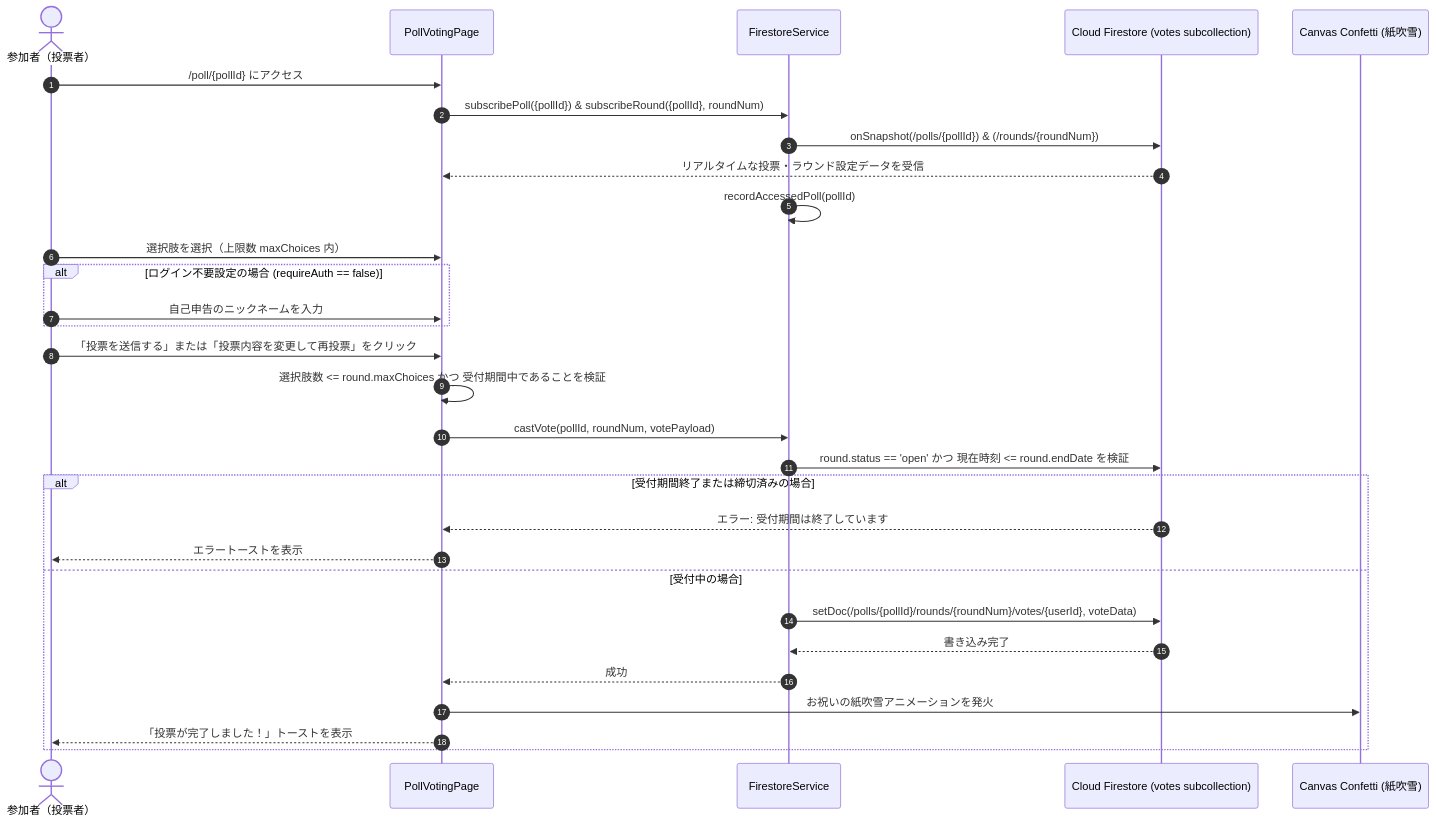
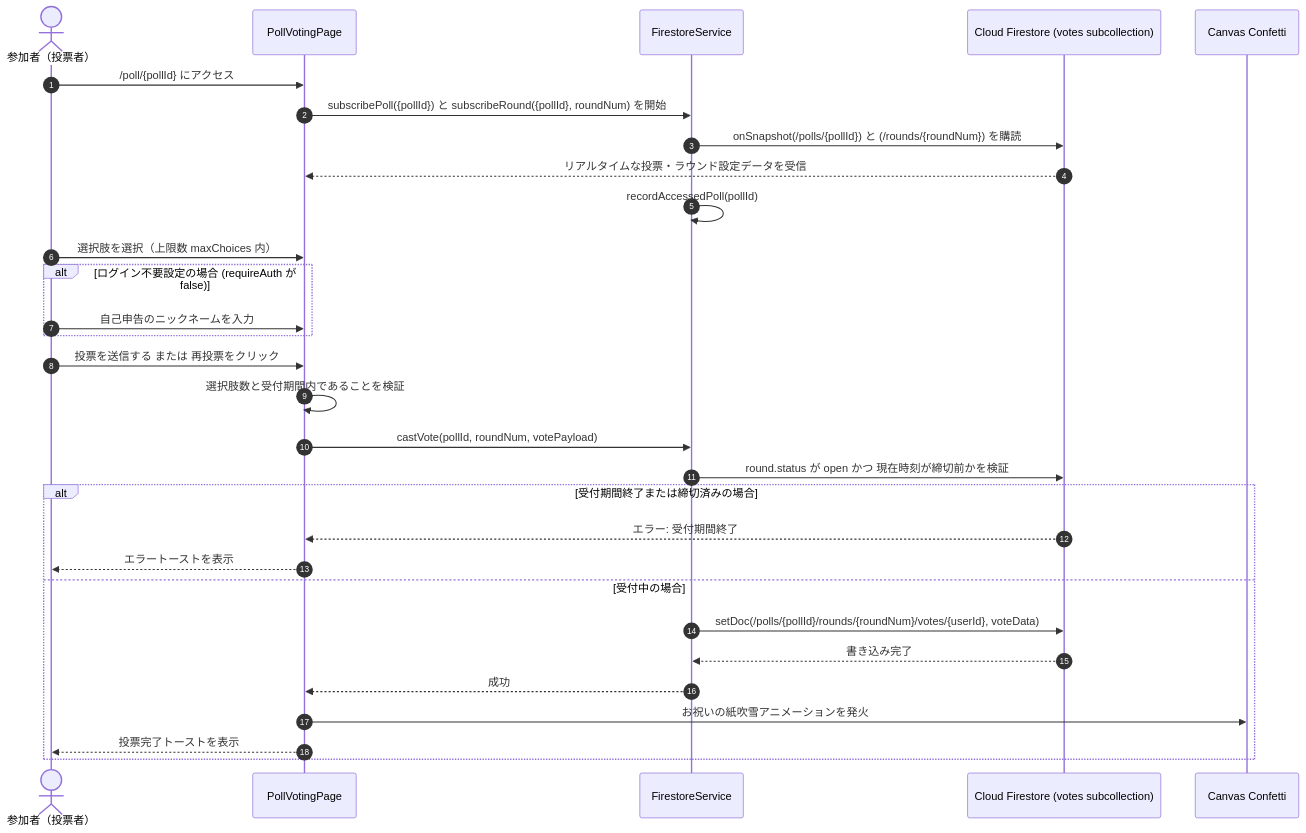
The second of 7 diagrams in docs/SEQUENCE_DIAGRAMS.ja.md (c1t0d0s0/votica), drawn with Mermaid before and after one commit. The commit also changed other lines of this file and 1 other file, not shown here.

Commit message:
fixed SEQUENCE_DIAGRAMS

````diff
--- a/docs/SEQUENCE_DIAGRAMS.ja.md
+++ b/docs/SEQUENCE_DIAGRAMS.ja.md
@@ -45,36 +45,36 @@
 ```mermaid
 sequenceDiagram
     autonumber
     actor Voter as 参加者（投票者）
     participant UI as PollVotingPage
     participant Service as FirestoreService
     participant DB as Cloud Firestore (votes subcollection)
-    participant Confetti as Canvas Confetti (紙吹雪)
+    participant Confetti as Canvas Confetti
 
     Voter->>UI: /poll/{pollId} にアクセス
-    UI->>Service: subscribePoll({pollId}) & subscribeRound({pollId}, roundNum)
-    Service->>DB: onSnapshot(/polls/{pollId}) & (/rounds/{roundNum})
+    UI->>Service: subscribePoll({pollId}) と subscribeRound({pollId}, roundNum) を開始
+    Service->>DB: onSnapshot(/polls/{pollId}) と (/rounds/{roundNum}) を購読
     DB-->>UI: リアルタイムな投票・ラウンド設定データを受信
     Service->>Service: recordAccessedPoll(pollId)
 
     Voter->>UI: 選択肢を選択（上限数 maxChoices 内）
-    alt ログイン不要設定の場合 (requireAuth == false)
+    alt ログイン不要設定の場合 (requireAuth が false)
         Voter->>UI: 自己申告のニックネームを入力
     end
 
-    Voter->>UI: 「投票を送信する」または「投票内容を変更して再投票」をクリック
-    UI->>UI: 選択肢数 <= round.maxChoices かつ 受付期間中であることを検証
+    Voter->>UI: 投票を送信する または 再投票をクリック
+    UI->>UI: 選択肢数と受付期間内であることを検証
 
     UI->>Service: castVote(pollId, roundNum, votePayload)
-    Service->>DB: round.status == 'open' かつ 現在時刻 <= round.endDate を検証
+    Service->>DB: round.status が open かつ 現在時刻が締切前かを検証
     alt 受付期間終了または締切済みの場合
-        DB-->>UI: エラー: 受付期間は終了しています
+        DB-->>UI: エラー: 受付期間終了
         UI-->>Voter: エラートーストを表示
     else 受付中の場合
         Service->>DB: setDoc(/polls/{pollId}/rounds/{roundNum}/votes/{userId}, voteData)
         DB-->>Service: 書き込み完了
         Service-->>UI: 成功
         UI->>Confetti: お祝いの紙吹雪アニメーションを発火
-        UI-->>Voter: 「投票が完了しました！」トーストを表示
+        UI-->>Voter: 投票完了トーストを表示
     end
 ```
````
